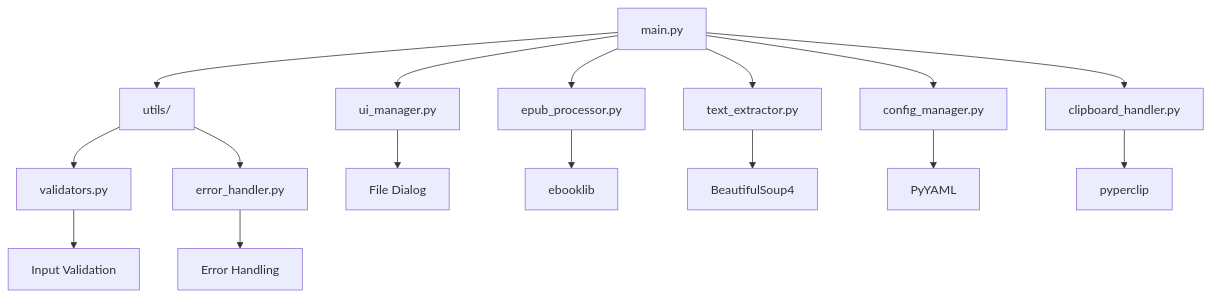
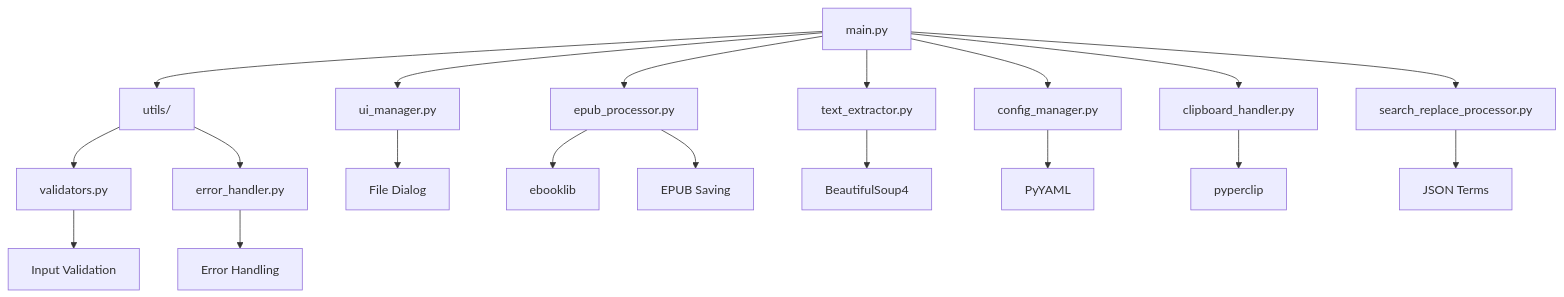
Before and after one commit to MasuRii/ChapterClip: the diagram in README.md, drawn with Mermaid. The commit also changed other lines of this file and 1 other file, not shown here.

Commit message:
Enhance regex handling: improve variable-width lookbehind fixes and update search-replace processing logic

````diff
--- a/README.md
+++ b/README.md
@@ -54,18 +59,21 @@
 ```mermaid
 graph TD
     A[main.py] --> B[ui_manager.py]
     A --> C[epub_processor.py]
     A --> D[text_extractor.py]
     A --> E[config_manager.py]
     A --> F[clipboard_handler.py]
+    A --> G[search_replace_processor.py]
     A --> L[utils/]
     L --> M[validators.py]
     L --> N[error_handler.py]
-    B --> G[File Dialog]
+    B --> O[File Dialog]
     C --> H[ebooklib]
+    C --> P[EPUB Saving]
     D --> I[BeautifulSoup4]
     E --> J[PyYAML]
     F --> K[pyperclip]
-    M --> O[Input Validation]
-    N --> P[Error Handling]
+    G --> Q[JSON Terms]
+    M --> R[Input Validation]
+    N --> S[Error Handling]
 ```
````
